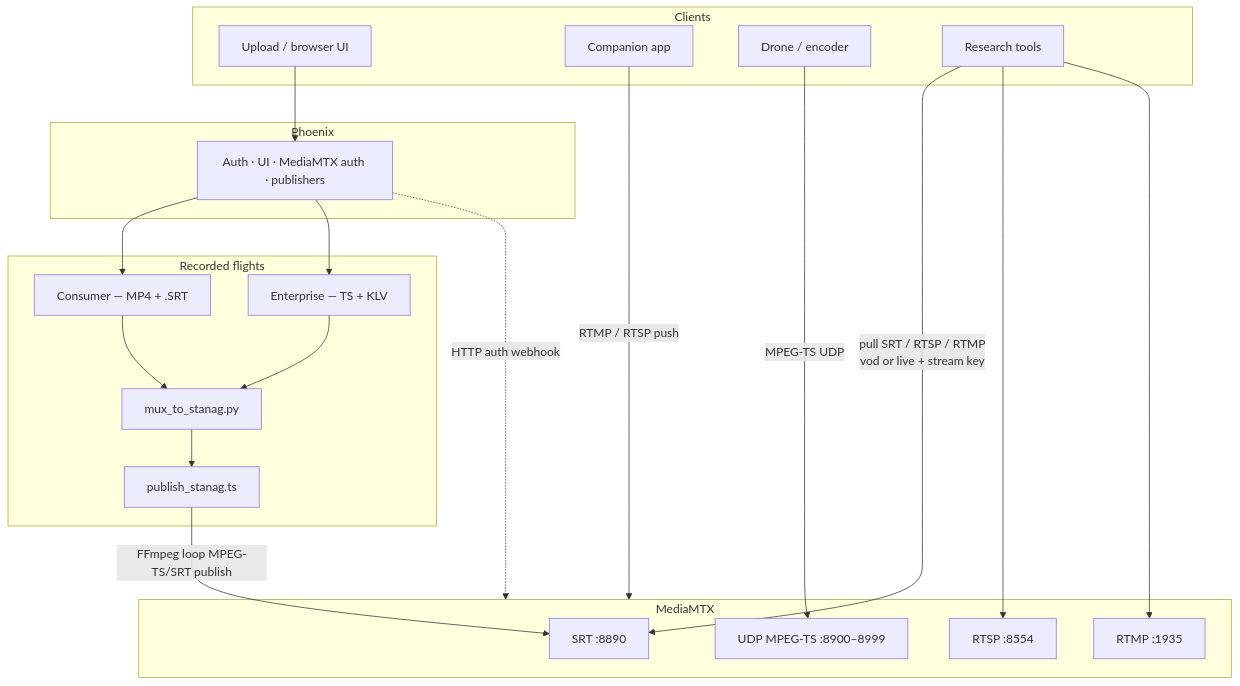
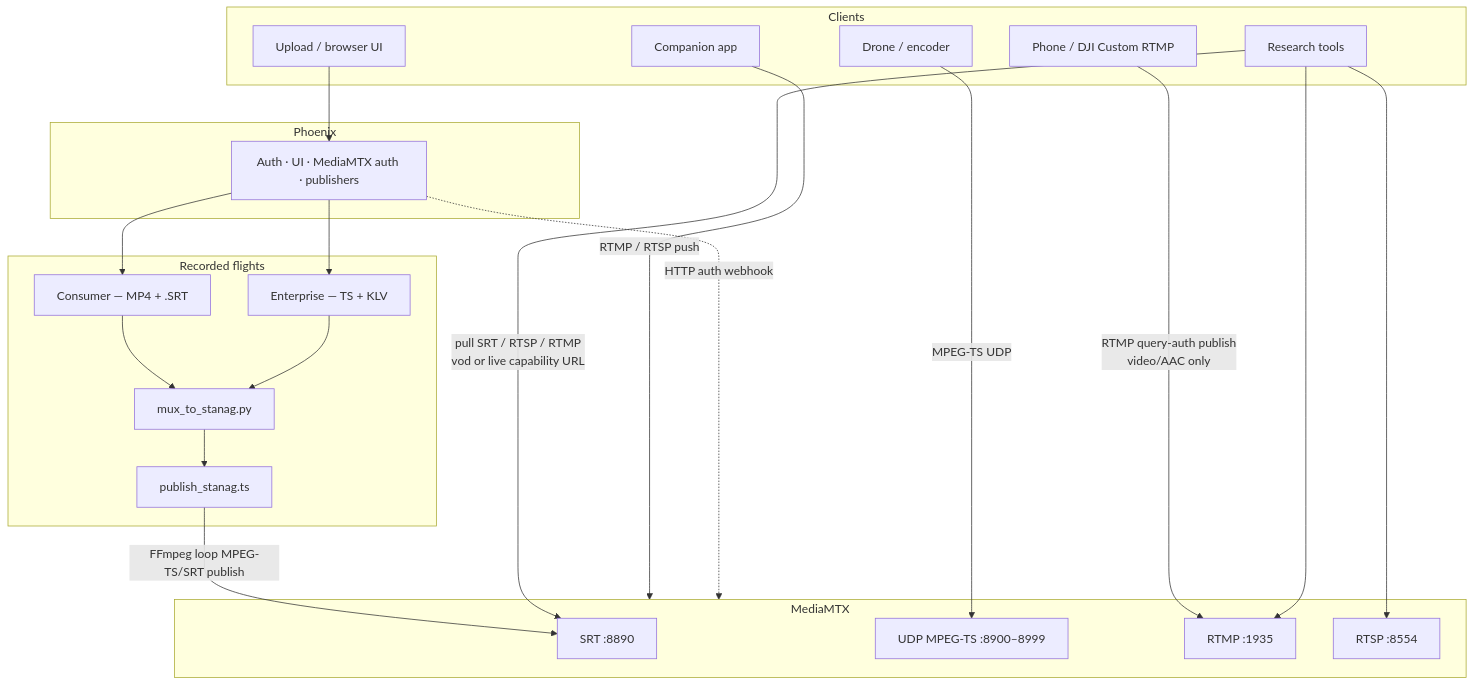
The diagram in README.md (tfeuerbach/dronefeed), drawn with Mermaid before and after one commit. The commit also changed other lines of this file and 10 other files, not shown here.

````diff
--- a/README.md
+++ b/README.md
@@ -23,41 +23,43 @@
 ```mermaid
 flowchart TB
   subgraph clients["Clients"]
     UP["Upload / browser UI"]
+    PHONE["Phone / DJI Custom RTMP"]
     COMP["Companion app"]
     DRONE["Drone / encoder"]
     PULL["Research tools"]
   end
 
   subgraph phoenix["Phoenix"]
     WEB["Auth · UI · MediaMTX auth · publishers"]
   end
 
   subgraph recorded["Recorded flights"]
     DJI["Consumer — MP4 + .SRT"]
     ENT["Enterprise — TS + KLV"]
     MUX["mux_to_stanag.py"]
     TS["publish_stanag.ts"]
     DJI --> MUX
     ENT --> MUX
     MUX --> TS
   end
 
   subgraph mtx["MediaMTX"]
     SRT_P["SRT :8890"]
     UDP_IN["UDP MPEG-TS :8900–8999"]
     RTMP_P["RTMP :1935"]
     RTSP_P["RTSP :8554"]
   end
 
   UP --> WEB
   WEB --> DJI
   WEB --> ENT
   TS -->|FFmpeg loop MPEG-TS/SRT publish| SRT_P
+  PHONE -->|RTMP query-auth publish<br/>video/AAC only| RTMP_P
   COMP -->|RTMP / RTSP push| mtx
   DRONE -->|MPEG-TS UDP| UDP_IN
-  PULL -->|pull SRT / RTSP / RTMP<br/>vod or live + stream key| SRT_P
+  PULL -->|pull SRT / RTSP / RTMP<br/>vod or live capability URL| SRT_P
   PULL --> RTSP_P
   PULL --> RTMP_P
   WEB -.->|HTTP auth webhook| mtx
 ```
````
